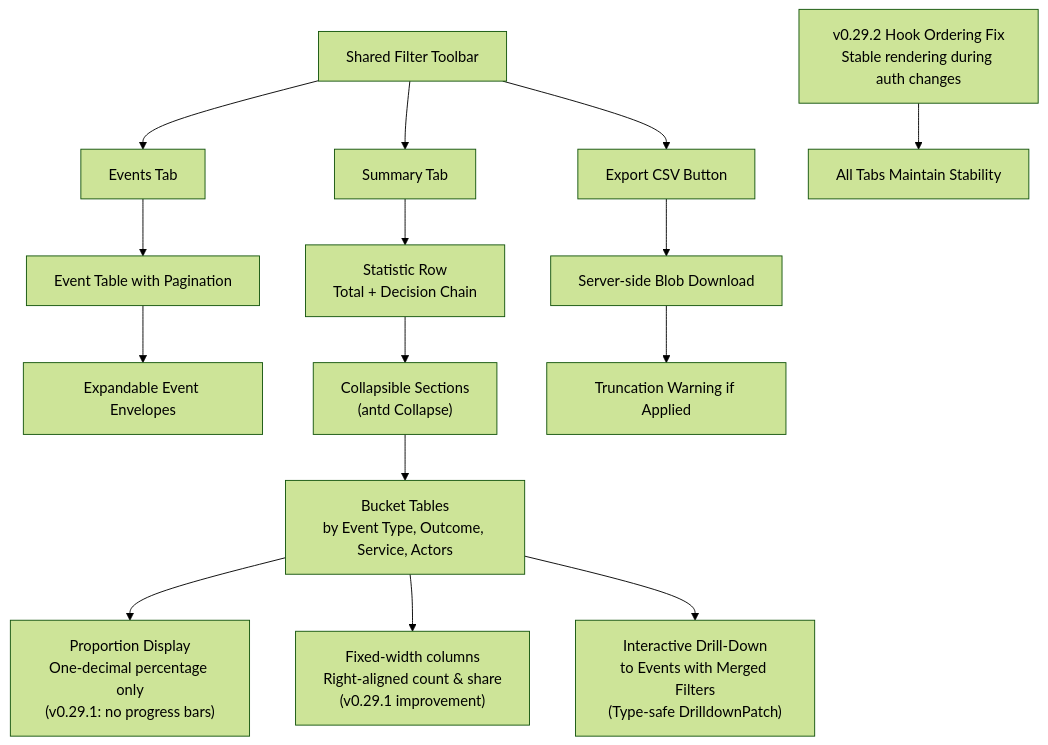
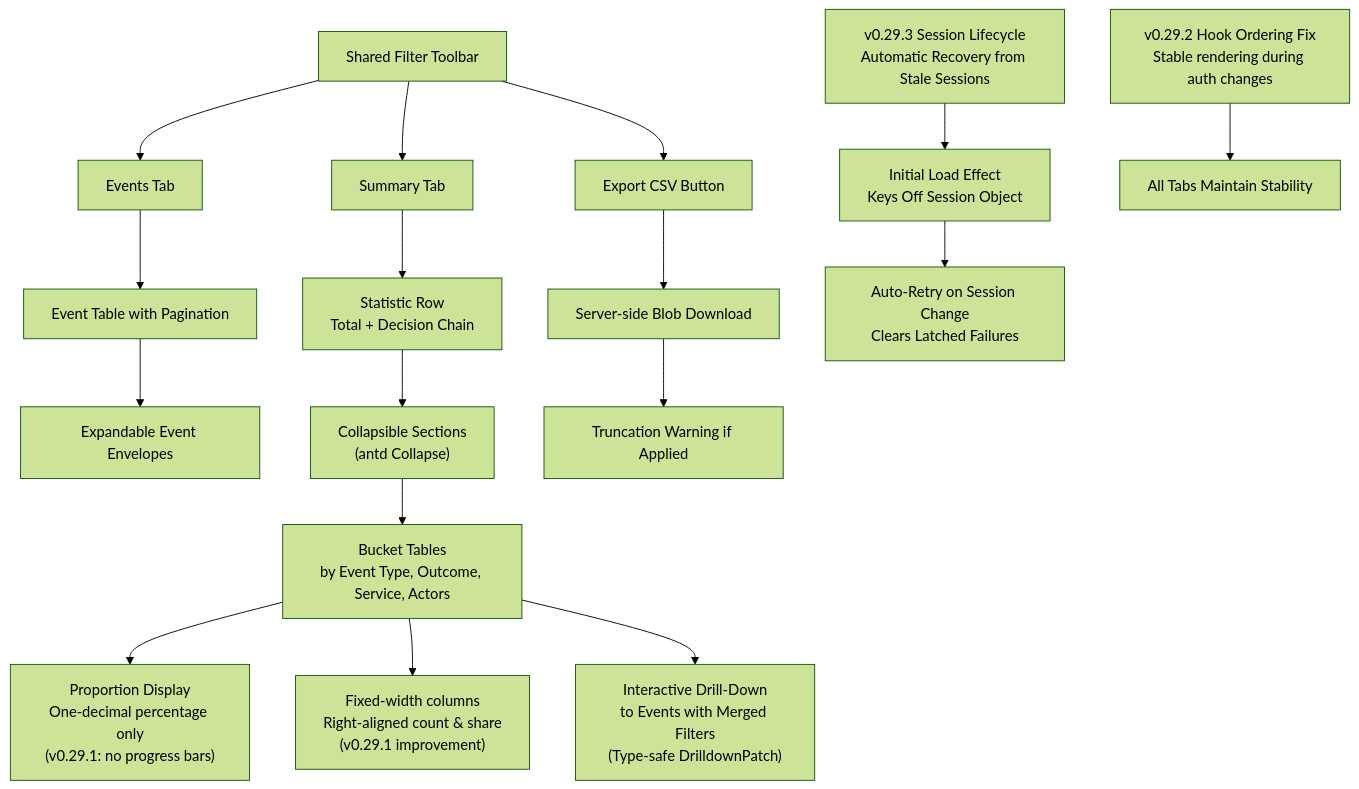
One commit to metasync/luban-aiops changed the seventh of 10 diagrams in .qoder/repowiki/en/content/Operator Portal.md. Above: the diagram before and after it, drawn with Mermaid (forest theme). The commit also changed other lines of this file and 4 other files, not shown here.

````diff
--- a/.qoder/repowiki/en/content/Operator Portal.md
+++ b/.qoder/repowiki/en/content/Operator Portal.md
@@ -275,17 +275,19 @@
 ```mermaid
 flowchart TD
 FilterToolbar["Shared Filter Toolbar"] --> EventsTab["Events Tab"]
 FilterToolbar --> SummaryTab["Summary Tab"]
 FilterToolbar --> ExportBtn["Export CSV Button"]
 EventsTab --> EventTable["Event Table with Pagination"]
 EventTable --> ExpandableRows["Expandable Event Envelopes"]
 SummaryTab --> StatisticRow["Statistic Row<br/>Total + Decision Chain"]
 StatisticRow --> CollapsibleSections["Collapsible Sections<br/>(antd Collapse)"]
 CollapsibleSections --> BucketTables["Bucket Tables<br/>by Event Type, Outcome, Service, Actors"]
 BucketTables --> ProportionDisplay["Proportion Display<br/>One-decimal percentage only<br/>(v0.29.1: no progress bars)"]
 BucketTables --> FixedWidthColumns["Fixed-width columns<br/>Right-aligned count & share<br/>(v0.29.1 improvement)"]
 BucketTables --> Drilldown["Interactive Drill-Down<br/>to Events with Merged Filters<br/>(Type-safe DrilldownPatch)"]
 ExportBtn --> BlobDownload["Server-side Blob Download"]
 BlobDownload --> TruncationWarning["Truncation Warning if Applied"]
+SessionLifecycle["v0.29.3 Session Lifecycle<br/>Automatic Recovery from Stale Sessions"] --> InitialLoad["Initial Load Effect<br/>Keys Off Session Object"]
+InitialLoad --> AutoRetry["Auto-Retry on Session Change<br/>Clears Latched Failures"]
 HookOrderFix["v0.29.2 Hook Ordering Fix<br/>Stable rendering during auth changes"] --> AllTabs["All Tabs Maintain Stability"]
 ```
````
